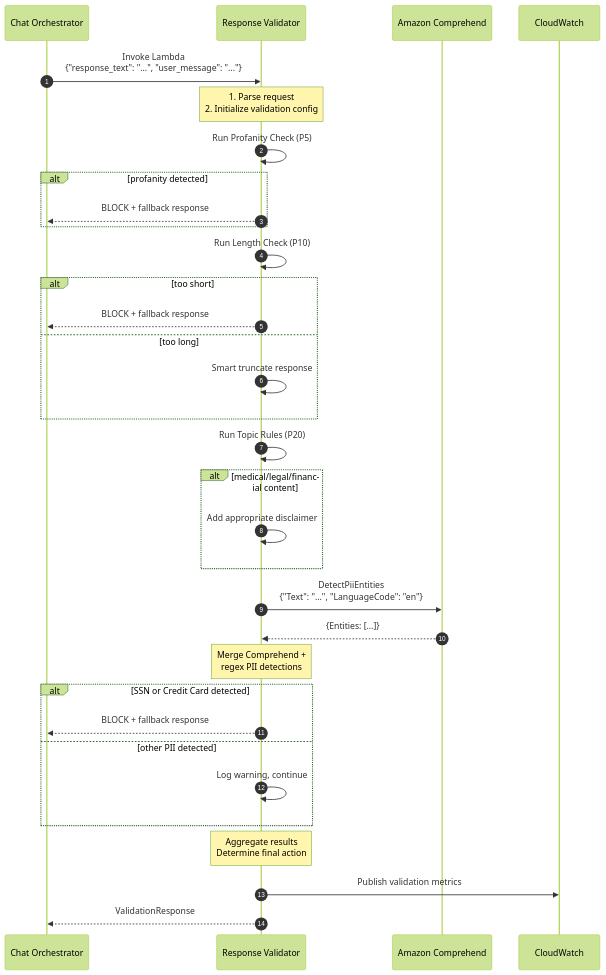
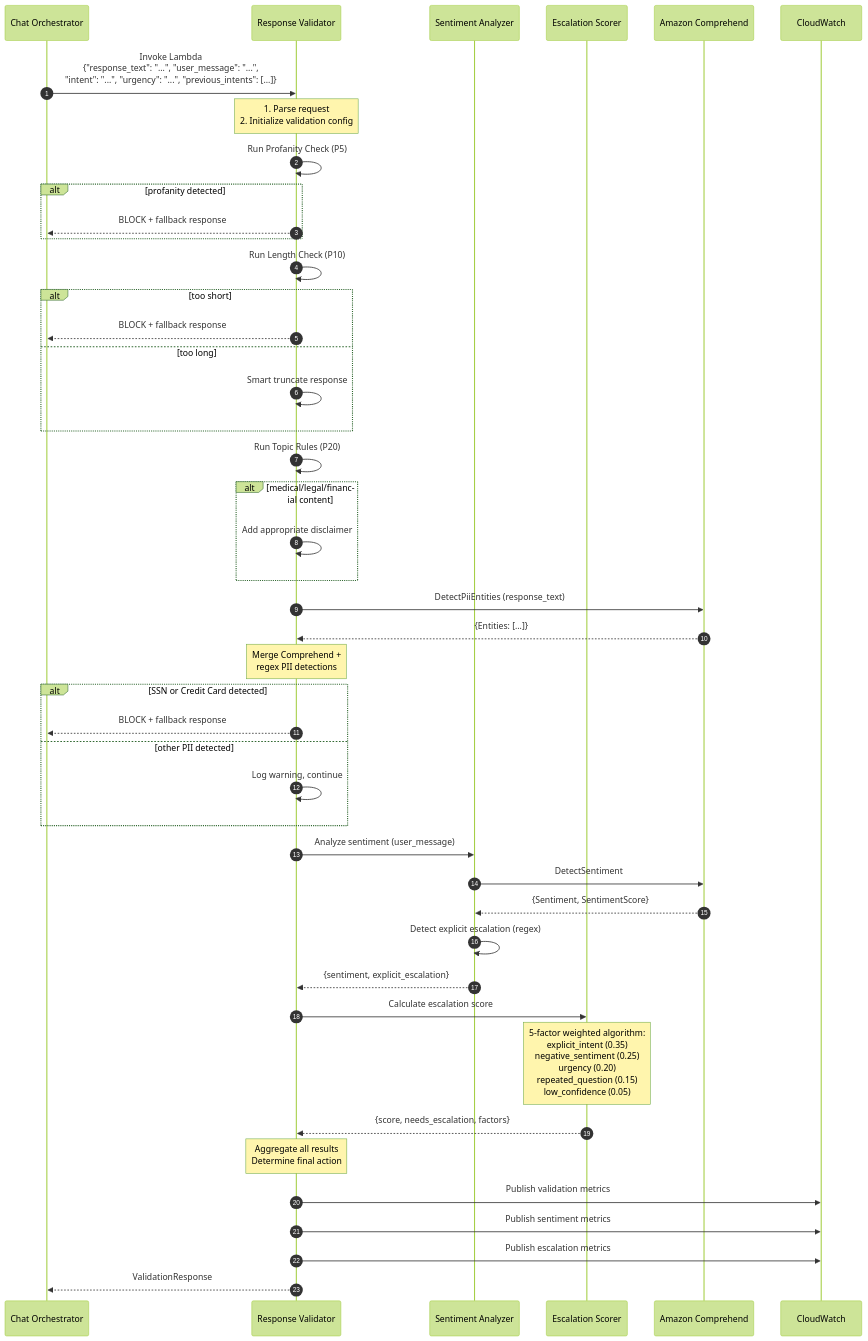
The second of 27 diagrams in docs/architecture/data-flow.md (jujubear24/ai-customer-service-bot), drawn with Mermaid (forest theme) before and after one commit. The commit also changed other lines of this file and 3 other files, not shown here.

First line of the commit message:
docs: update documentation for Phase 3.2 sentiment and escalation

````diff
--- a/docs/architecture/data-flow.md
+++ b/docs/architecture/data-flow.md
@@ -151,49 +171,63 @@
 ```mermaid
 sequenceDiagram
     autonumber
     participant CO as Chat Orchestrator
     participant RV as Response Validator
+    participant SA as Sentiment Analyzer
+    participant ES as Escalation Scorer
     participant CP as Amazon Comprehend
     participant CW as CloudWatch
 
-    CO->>RV: Invoke Lambda<br/>{"response_text": "...", "user_message": "..."}
+    CO->>RV: Invoke Lambda<br/>{"response_text": "...", "user_message": "...",<br/>"intent": "...", "urgency": "...", "previous_intents": [...]}
 
     Note over RV: 1. Parse request<br/>2. Initialize validation config
 
     RV->>RV: Run Profanity Check (P5)
 
     alt profanity detected
         RV-->>CO: BLOCK + fallback response
     end
 
     RV->>RV: Run Length Check (P10)
 
     alt too short
         RV-->>CO: BLOCK + fallback response
     else too long
         RV->>RV: Smart truncate response
     end
 
     RV->>RV: Run Topic Rules (P20)
 
     alt medical/legal/financial content
         RV->>RV: Add appropriate disclaimer
     end
 
-    RV->>CP: DetectPiiEntities<br/>{"Text": "...", "LanguageCode": "en"}
+    RV->>CP: DetectPiiEntities (response_text)
     CP-->>RV: {Entities: [...]}
 
     Note over RV: Merge Comprehend +<br/>regex PII detections
 
     alt SSN or Credit Card detected
         RV-->>CO: BLOCK + fallback response
     else other PII detected
         RV->>RV: Log warning, continue
     end
 
-    Note over RV: Aggregate results<br/>Determine final action
+    RV->>SA: Analyze sentiment (user_message)
+    SA->>CP: DetectSentiment
+    CP-->>SA: {Sentiment, SentimentScore}
+    SA->>SA: Detect explicit escalation (regex)
+    SA-->>RV: {sentiment, explicit_escalation}
+
+    RV->>ES: Calculate escalation score
+    Note over ES: 5-factor weighted algorithm:<br/>explicit_intent (0.35)<br/>negative_sentiment (0.25)<br/>urgency (0.20)<br/>repeated_question (0.15)<br/>low_confidence (0.05)
+    ES-->>RV: {score, needs_escalation, factors}
+
+    Note over RV: Aggregate all results<br/>Determine final action
 
     RV->>CW: Publish validation metrics
+    RV->>CW: Publish sentiment metrics
+    RV->>CW: Publish escalation metrics
 
     RV-->>CO: ValidationResponse
 ```
````
